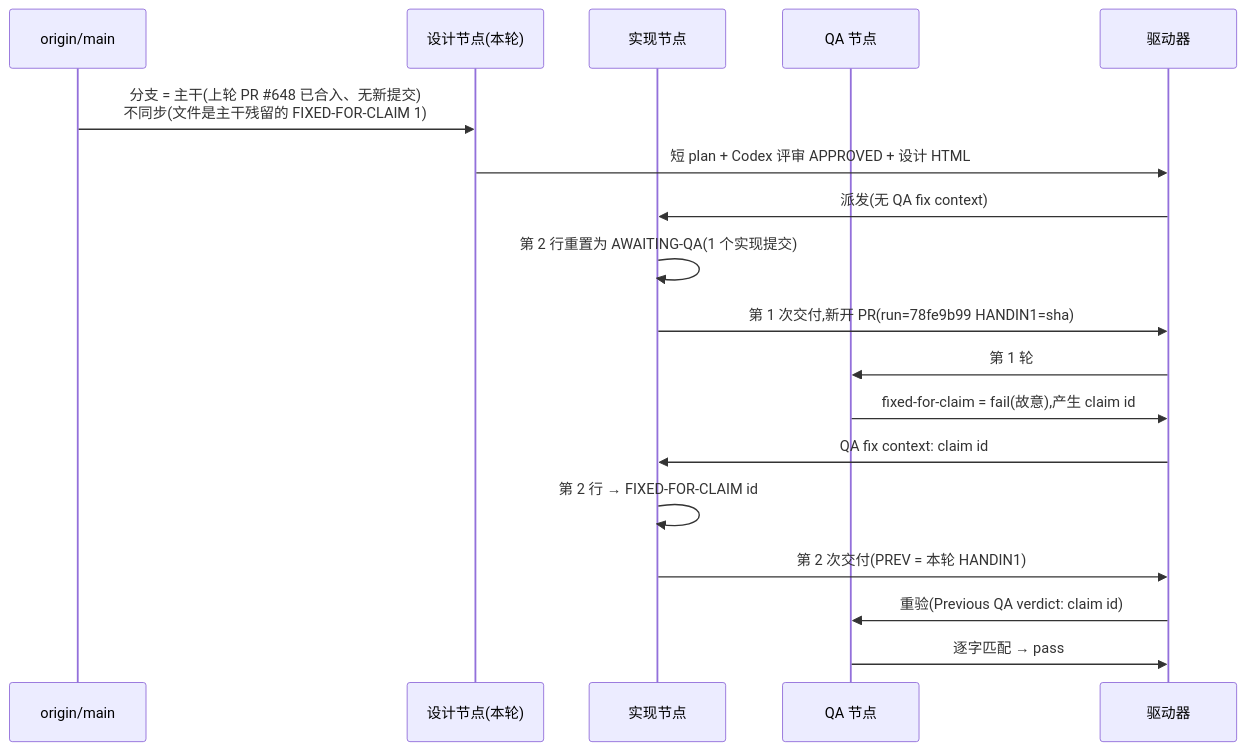
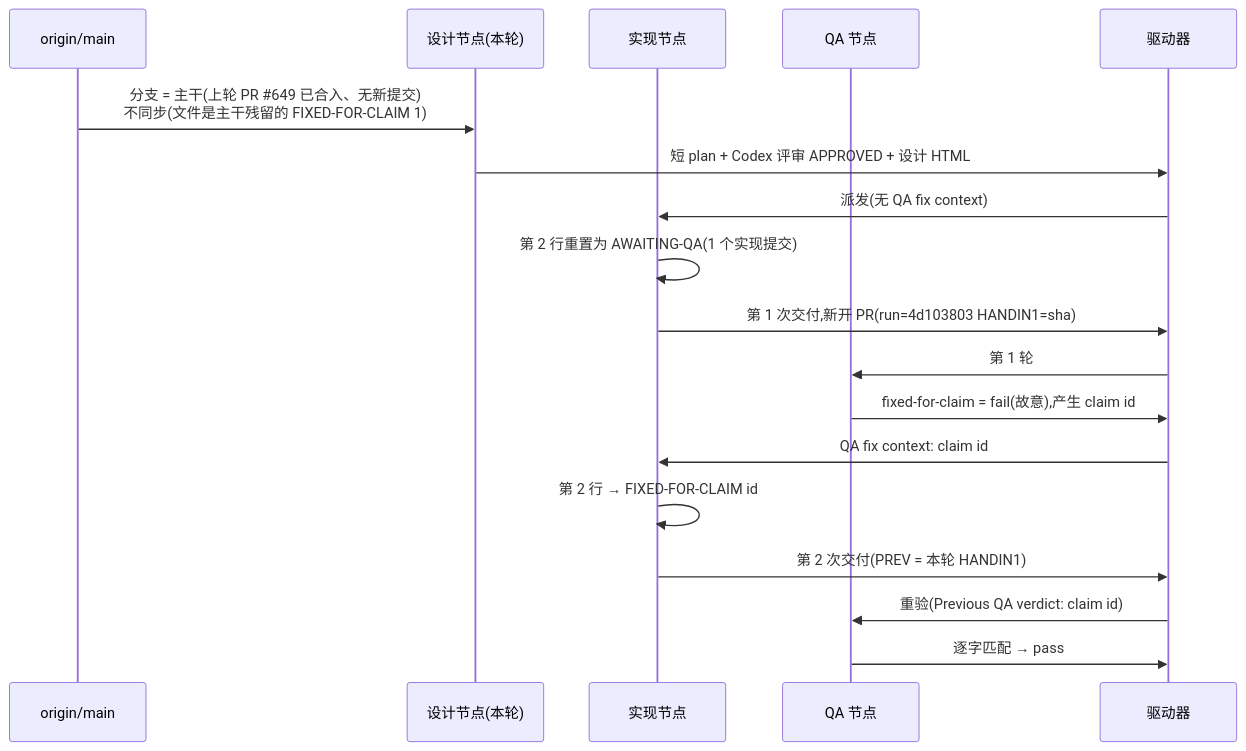
Before and after one commit to xrliAnnie/flywheel-qa-sandbox: the diagram in engineering/doc/FLY-3150-real-runner-drill/d1-core-flow.mmd, drawn with Mermaid. The commit also changed 5 other files, not shown here.

```diff
--- a/engineering/doc/FLY-3150-real-runner-drill/d1-core-flow.mmd
+++ b/engineering/doc/FLY-3150-real-runner-drill/d1-core-flow.mmd
@@ -1,18 +1,18 @@
 sequenceDiagram
     participant M as origin/main
     participant S as 设计节点(本轮)
     participant I as 实现节点
     participant Q as QA 节点
     participant D as 驱动器
-    M->>S: 分支 = 主干(上轮 PR #35;648 已合入、无新提交)<br/>不同步(文件是主干残留的 FIXED-FOR-CLAIM 1)
+    M->>S: 分支 = 主干(上轮 PR #35;649 已合入、无新提交)<br/>不同步(文件是主干残留的 FIXED-FOR-CLAIM 1)
     S->>D: 短 plan + Codex 评审 APPROVED + 设计 HTML
     D->>I: 派发(无 QA fix context)
     I->>I: 第 2 行重置为 AWAITING-QA(1 个实现提交)
-    I->>D: 第 1 次交付,新开 PR(run=78fe9b99 HANDIN1=sha)
+    I->>D: 第 1 次交付,新开 PR(run=4d103803 HANDIN1=sha)
     D->>Q: 第 1 轮
     Q->>D: fixed-for-claim = fail(故意),产生 claim id
     D->>I: QA fix context: claim id
     I->>I: 第 2 行 → FIXED-FOR-CLAIM id
     I->>D: 第 2 次交付(PREV = 本轮 HANDIN1)
     D->>Q: 重验(Previous QA verdict: claim id)
     Q->>D: 逐字匹配 → pass
```
